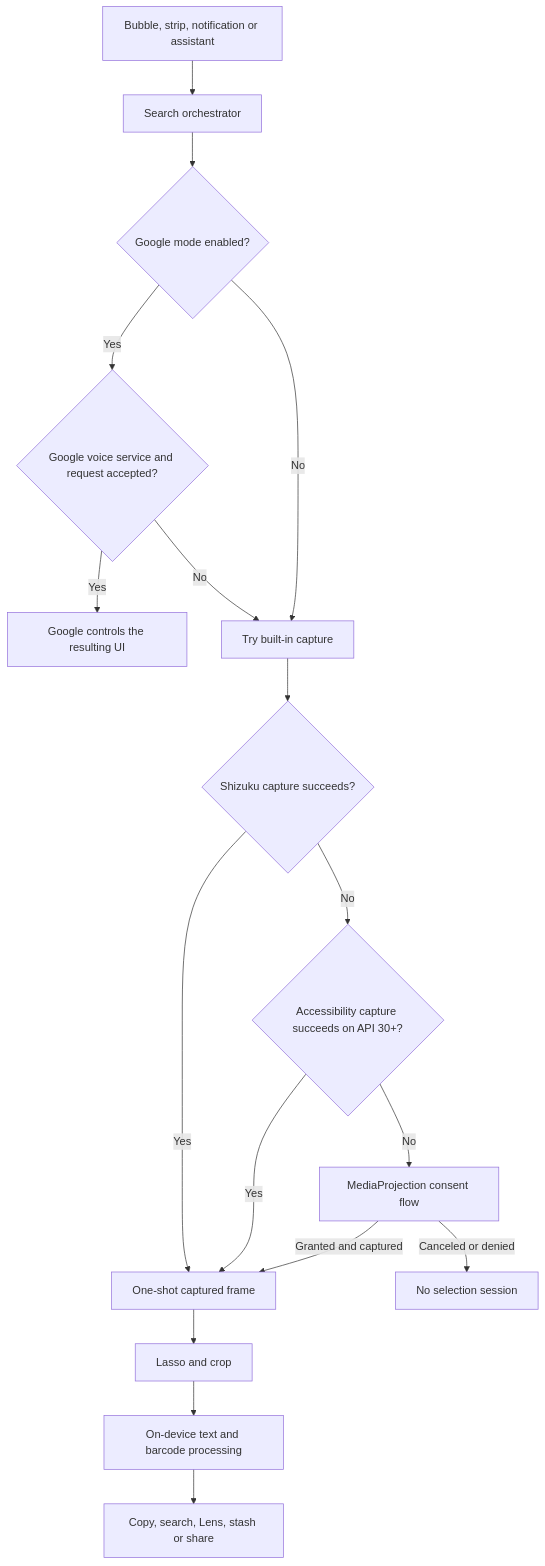
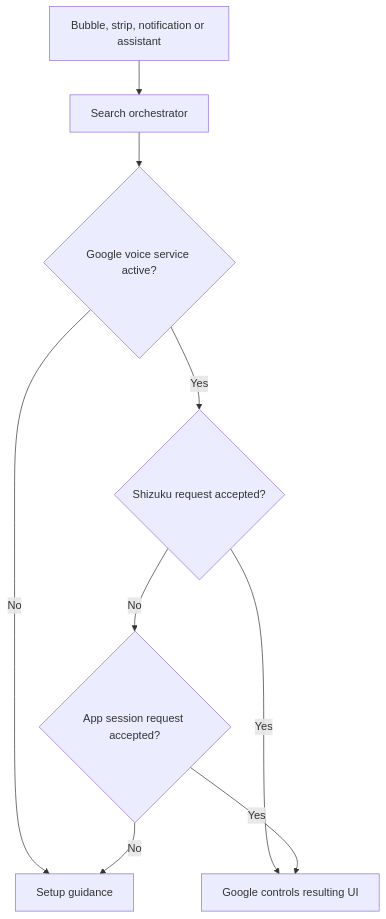
One commit to ankitchanki/New changed the first of 2 diagrams in docs/ARCHITECTURE.md. Above: the diagram before and after it, drawn with Mermaid. The commit also changed other lines of this file and 56 other files, not shown here.

Commit message:
Route search only to Google and repair bottom gesture recognition

````diff
--- a/docs/ARCHITECTURE.md
+++ b/docs/ARCHITECTURE.md
@@ -25,19 +23,11 @@
 ```mermaid
 flowchart TD
     Entry[Bubble, strip, notification or assistant] --> Router[Search orchestrator]
-    Router --> Enabled{Google mode enabled?}
-    Enabled -->|Yes| Request{Google voice service and request accepted?}
-    Request -->|Yes| Google[Google controls the resulting UI]
-    Request -->|No| Capture[Try built-in capture]
-    Enabled -->|No| Capture
-    Capture --> Shell{Shizuku capture succeeds?}
-    Shell -->|No| Access{Accessibility capture succeeds on API 30+?}
-    Shell -->|Yes| Frame[One-shot captured frame]
-    Access -->|Yes| Frame
-    Access -->|No| Consent[MediaProjection consent flow]
-    Consent -->|Granted and captured| Frame
-    Consent -->|Canceled or denied| End[No selection session]
-    Frame --> Lasso[Lasso and crop]
-    Lasso --> ML[On-device text and barcode processing]
-    ML --> Results[Copy, search, Lens, stash or share]
+    Router --> Ready{Google voice service active?}
+    Ready -->|No| Help[Setup guidance]
+    Ready -->|Yes| Shell{Shizuku request accepted?}
+    Shell -->|Yes| Google[Google controls resulting UI]
+    Shell -->|No| App{App session request accepted?}
+    App -->|Yes| Google
+    App -->|No| Help
 ```
````
